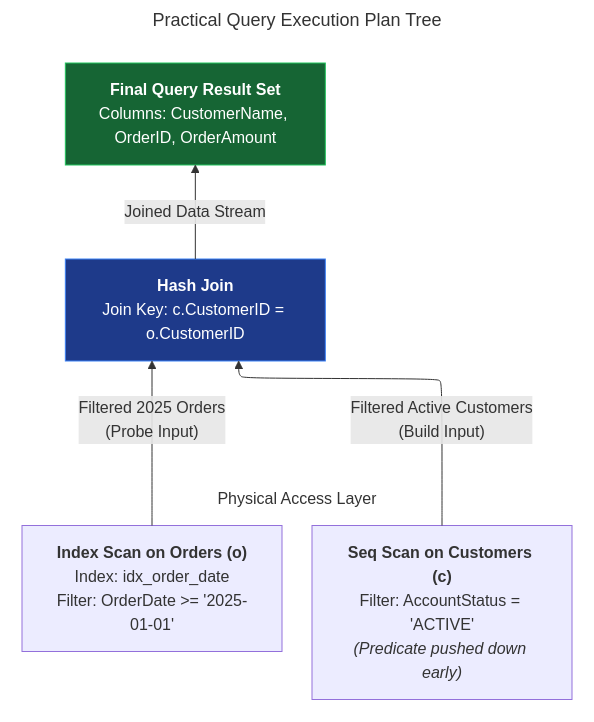
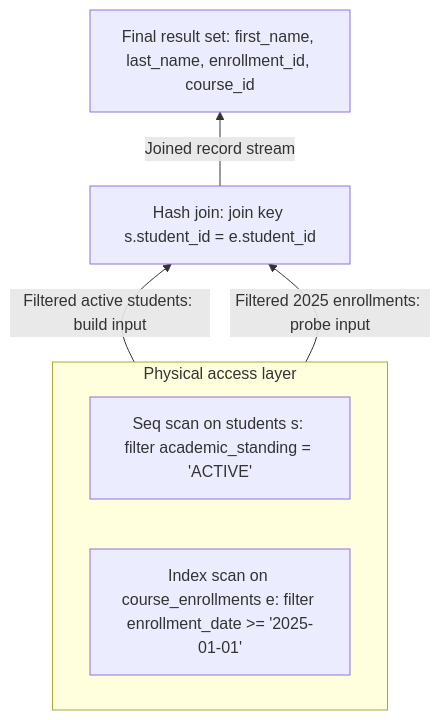
One commit to VineethChivukula/dedocs changed the second of 2 diagrams in content/sql/advanced-query-optimization.md. Above: the diagram before and after it, drawn with Mermaid. The commit also changed other lines of this file and 26 other files, not shown here.

````diff
--- a/content/sql/advanced-query-optimization.md
+++ b/content/sql/advanced-query-optimization.md
@@ -161,30 +161,15 @@
 ```mermaid
----
-title: Practical Query Execution Plan Tree
-config:
-  layout: elk
----
 flowchart BT
-    %% Storage Access Layer
-    subgraph StorageLayer ["Physical Access Layer"]
+    subgraph StorageLayer ["Physical access layer"]
         direction LR
-        CustScan["<b>Seq Scan on Customers (c)</b><br/>Filter: AccountStatus = 'ACTIVE'<br/><i>(Predicate pushed down early)</i>"]
-        OrdScan["<b>Index Scan on Orders (o)</b><br/>Index: idx_order_date<br/>Filter: OrderDate >= '2025-01-01'"]
+        StudentScan["Seq scan on students s: filter academic_standing = 'ACTIVE'"]
+        EnrollmentScan["Index scan on course_enrollments e: filter enrollment_date >= '2025-01-01'"]
     end
 
-    %% Join Phase
-    HashJoin["<b>Hash Join</b><br/>Join Key: c.CustomerID = o.CustomerID"]
+    HashJoin["Hash join: join key s.student_id = e.student_id"]
+    FinalOutput["Final result set: first_name, last_name, enrollment_id, course_id"]
 
-    %% Final Result
-    FinalOutput["<b>Final Query Result Set</b><br/>Columns: CustomerName, OrderID, OrderAmount"]
-
-    %% Data Pipeline Connections
-    CustScan -->|"Filtered Active Customers<br/>(Build Input)"| HashJoin
-    OrdScan -->|"Filtered 2025 Orders<br/>(Probe Input)"| HashJoin
-    HashJoin -->|"Joined Data Stream"| FinalOutput
-
-    %% Styling
-    style StorageLayer fill:none,stroke:none
-    style FinalOutput fill:#166534,stroke:#22c55e,color:#fff
-    style HashJoin fill:#1e3a8a,stroke:#3b82f6,color:#fff
+    StudentScan -->|"Filtered active students: build input"| HashJoin
+    EnrollmentScan -->|"Filtered 2025 enrollments: probe input"| HashJoin
+    HashJoin -->|"Joined record stream"| FinalOutput
 ```
````
